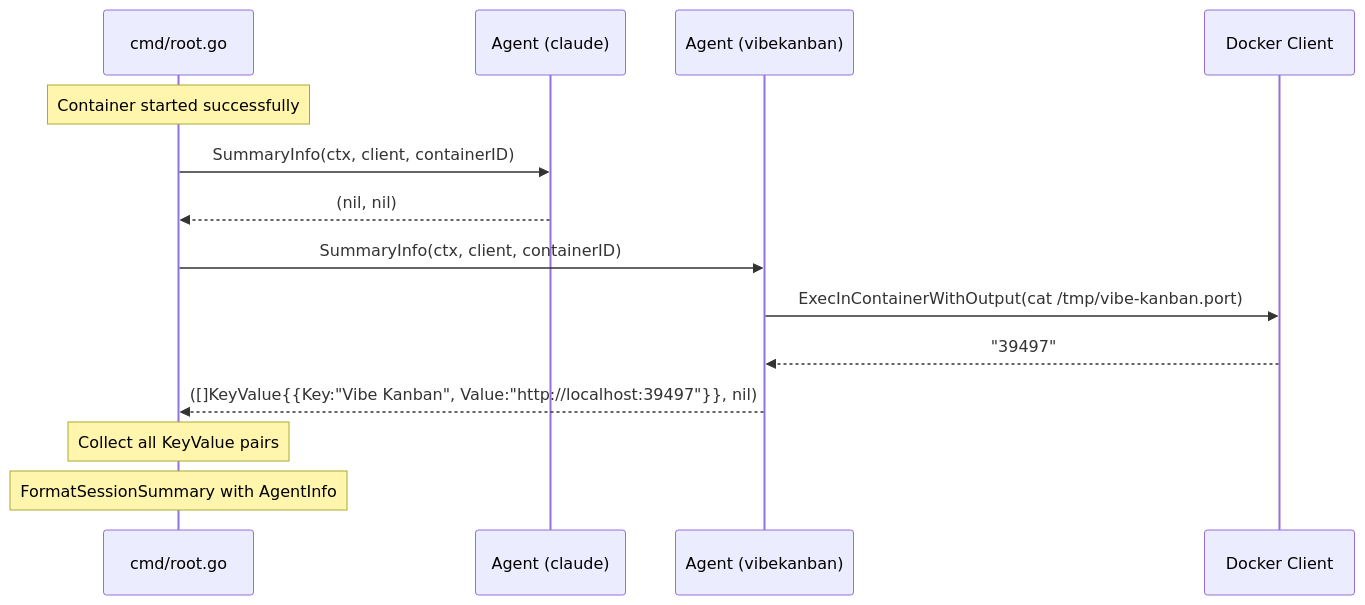
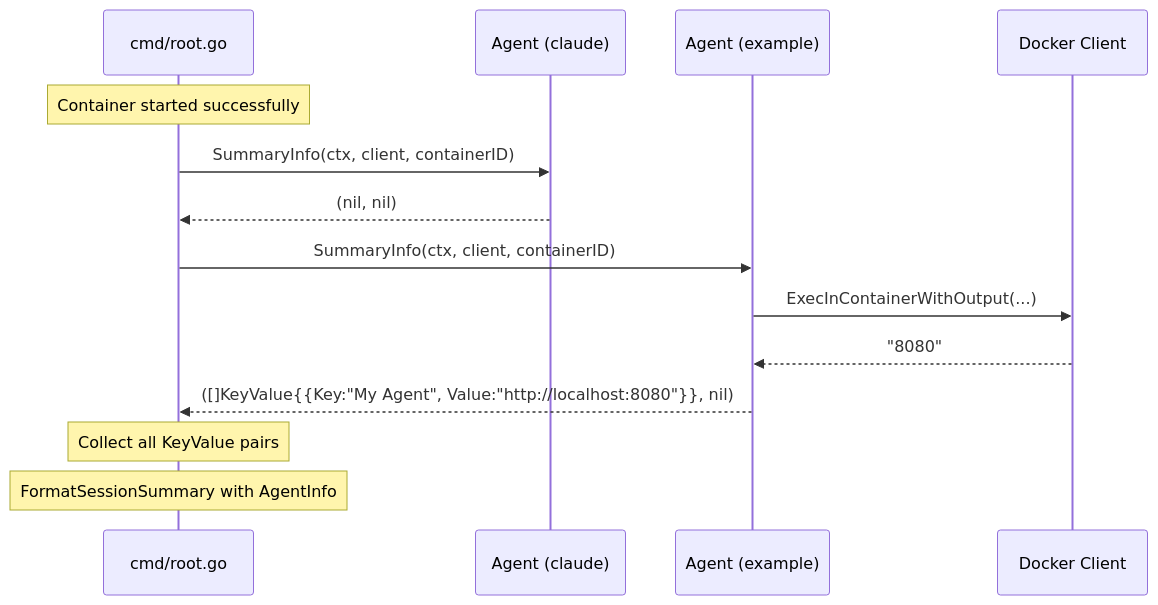
One commit to koudis/bootstrap-ai-coding changed the diagram in .kiro/specs/bootstrap-ai-coding/design-agent-summary-info.md. Above: the diagram before and after it, drawn with Mermaid. The commit also changed other lines of this file and 32 other files, not shown here.

````diff
--- a/.kiro/specs/bootstrap-ai-coding/design-agent-summary-info.md
+++ b/.kiro/specs/bootstrap-ai-coding/design-agent-summary-info.md
@@ -25,17 +23,17 @@
 ```mermaid
 sequenceDiagram
     participant Core as cmd/root.go
     participant Agent1 as Agent (claude)
-    participant Agent2 as Agent (vibekanban)
+    participant Agent2 as Agent (example)
     participant Docker as Docker Client
 
     Note over Core: Container started successfully
     Core->>Agent1: SummaryInfo(ctx, client, containerID)
     Agent1-->>Core: (nil, nil)
     Core->>Agent2: SummaryInfo(ctx, client, containerID)
-    Agent2->>Docker: ExecInContainerWithOutput(cat /tmp/vibe-kanban.port)
-    Docker-->>Agent2: "39497"
-    Agent2-->>Core: ([]KeyValue{{Key:"Vibe Kanban", Value:"http://localhost:39497"}}, nil)
+    Agent2->>Docker: ExecInContainerWithOutput(...)
+    Docker-->>Agent2: "8080"
+    Agent2-->>Core: ([]KeyValue{{Key:"My Agent", Value:"http://localhost:8080"}}, nil)
     Note over Core: Collect all KeyValue pairs
     Note over Core: FormatSessionSummary with AgentInfo
 ```
````
